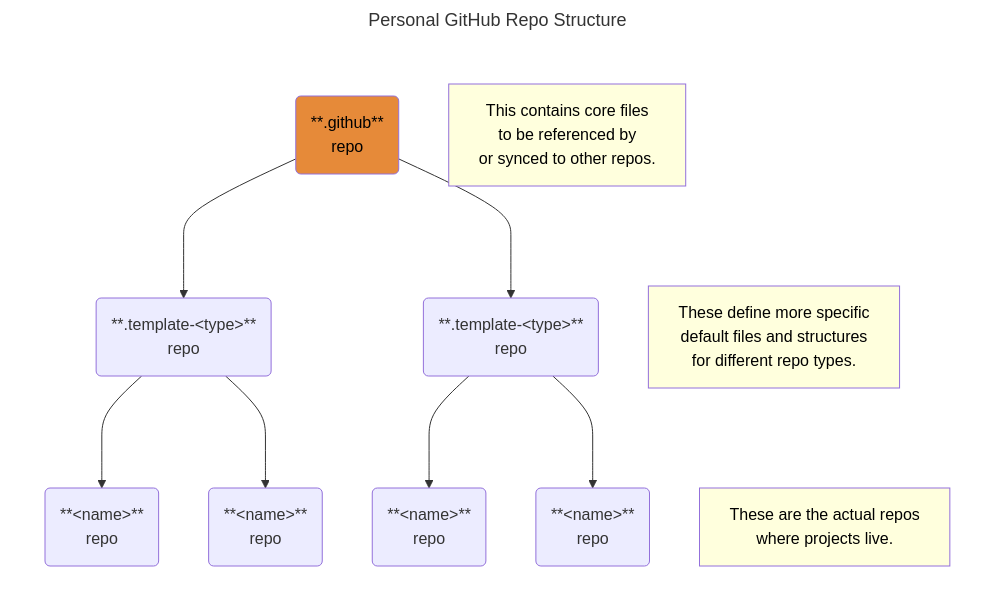
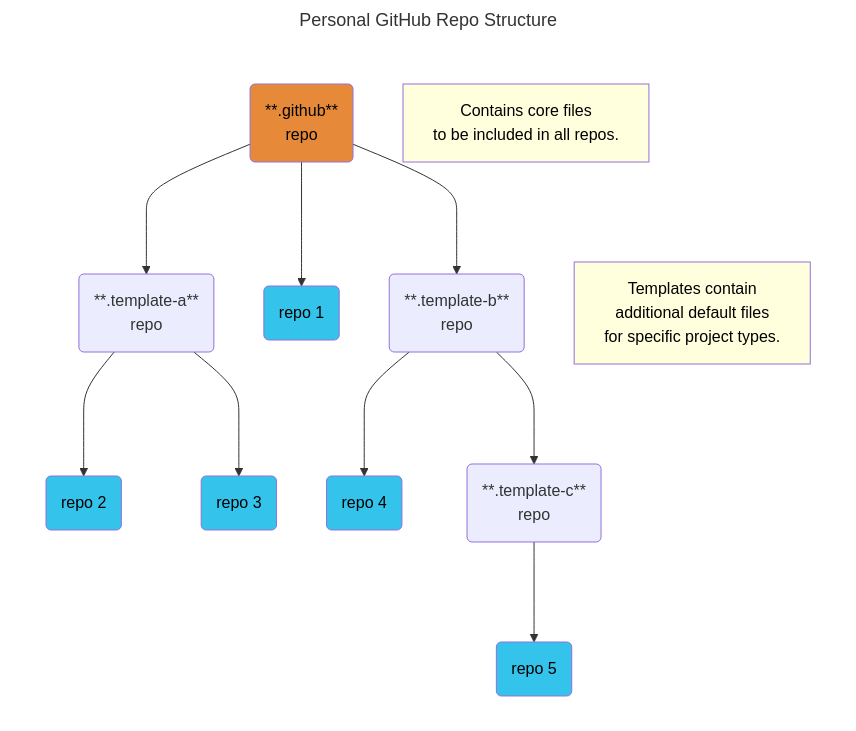
Before and after one commit to TaffarelJr/.github: the diagram in README.md, drawn with Mermaid. The commit also changed other lines of this file and 6 other files, not shown here.

Commit message:
chore: update core repo configuration

````diff
--- a/README.md
+++ b/README.md
@@ -10,62 +10,65 @@
 ```mermaid
 ---
 title: Personal GitHub Repo Structure
 ---
 
 flowchart TB
 
-  subgraph subGH [" "]
-    gh(**.github**
+  subgraph row1 [" "]
+    github(**.github**
     repo)
 
-    noteGH[This contains core files
-    to be referenced by
-    or synced to other repos.]
+    githubNote[Contains core files
+    to be included in all repos.]
   end
 
-  subgraph subT [" "]
-    T1(**.template-&lt;type&gt;**
+  subgraph row2 [" "]
+    templateA(**.template-a**
     repo)
 
-    T2(**.template-&lt;type&gt;**
+    repo1(repo 1)
+
+    templateB(**.template-b**
     repo)
 
-    noteT[These define more specific
-    default files and structures
-    for different repo types.]
+    templateNote[Templates contain
+    additional default files
+    for specific project types.]
   end
 
-  subgraph subR [" "]
-    R1(**&lt;name&gt;**
+  subgraph row3 [" "]
+    repo2(repo 2)
+    repo3(repo 3)
+    repo4(repo 4)
+
+    templateC(**.template-c**
     repo)
-
-    R2(**&lt;name&gt;**
-    repo)
-
-    R3(**&lt;name&gt;**
-    repo)
-
-    R4(**&lt;name&gt;**
-    repo)
-
-    noteR[These are the actual repos
-    where projects live.]
   end
 
+  subgraph row4 [" "]
+    repo5(repo 5)
+  end
+
+  classDef row opacity:0
+  class row1,row2,row3,row4 row
+
   classDef current fill:#E68A39,color:#000000
-  class gh current
-
-  classDef sub opacity:0
-  class subGH,subT,subR sub
+  class github current
 
   classDef note fill:#FFFFDD,color:#000000
-  class noteGH,noteT,noteR note
+  class githubNote,templateNote note
 
-  gh --> T1
-  gh --> T2
+  classDef repo fill:#34C3EB,color:#000000
+  class repo1,repo2,repo3,repo4,repo5 repo
 
-  T1 --> R1
-  T1 --> R2
-  T2 --> R3
-  T2 --> R4
+  github --> templateA
+  github --> repo1
+  github --> templateB
+
+  templateA --> repo2
+  templateA --> repo3
+  templateB --> repo4
+  templateB --> templateC
+
+  templateC --> repo5
 ```
````
